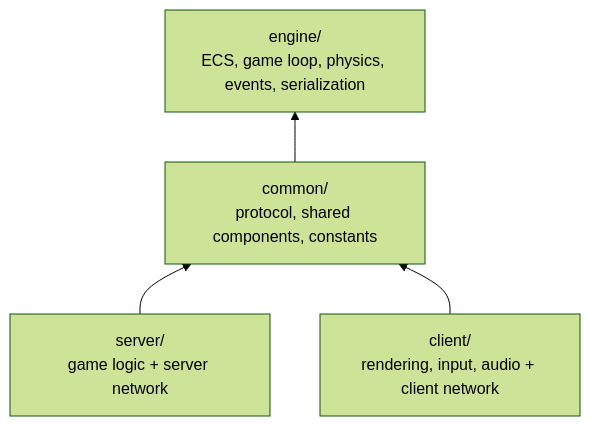
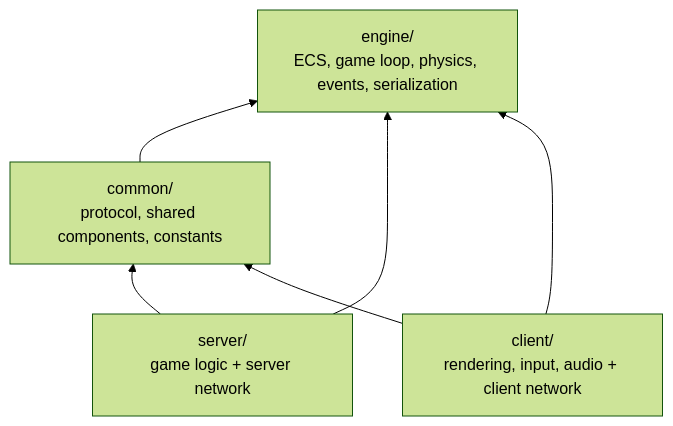
The first of 6 diagrams in docs/architecture.md (Nivek-Hyn/epitech-rtype), drawn with Mermaid (forest theme) before and after one commit. The commit also changed other lines of this file and 8 other files, not shown here.

````diff
--- a/docs/architecture.md
+++ b/docs/architecture.md
@@ -14,10 +15,12 @@
 ```mermaid
 flowchart BT
     engine["engine/<br/>ECS, game loop, physics, events, serialization"]
     common["common/<br/>protocol, shared components, constants"]
     server["server/<br/>game logic + server network"]
     client["client/<br/>rendering, input, audio + client network"]
     common --> engine
     server --> common
+    server --> engine
     client --> common
+    client --> engine
 ```
````
